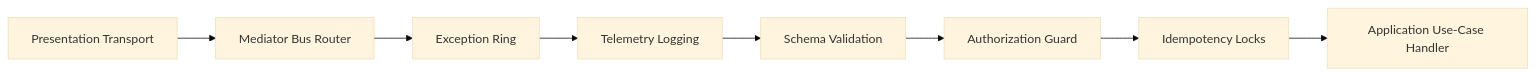
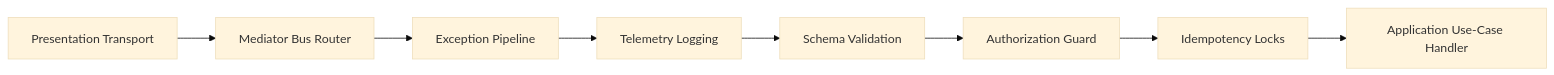
One commit to xeno-js/xeno-js changed the diagram in documentation/getting-started/README.md. Above: the diagram before and after it, drawn with Mermaid (base theme). The commit also changed other lines of this file and 66 other files, not shown here.

````diff
--- a/documentation/getting-started/README.md
+++ b/documentation/getting-started/README.md
@@ -71,11 +95,11 @@
 ```mermaid
 graph LR
     A[Presentation Transport] --> B[Mediator Bus Router]
-    B --> C[Exception Ring]
+    B --> C[Exception Pipeline]
     C --> D[Telemetry Logging]
     D --> E[Schema Validation]
     E --> F[Authorization Guard]
     F --> G[Idempotency Locks]
     G --> H[Application Use-Case Handler]
 
 ```
````
